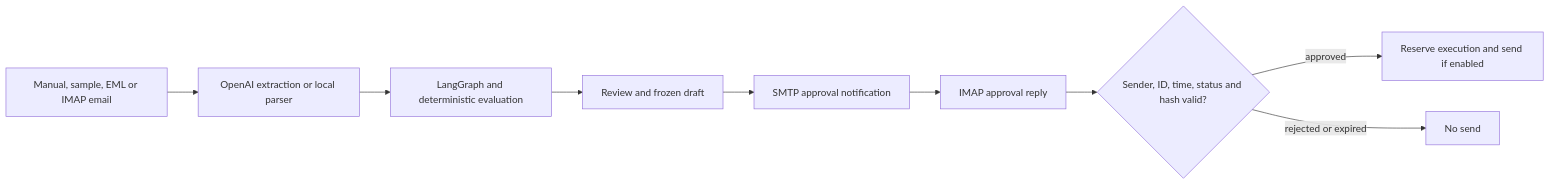
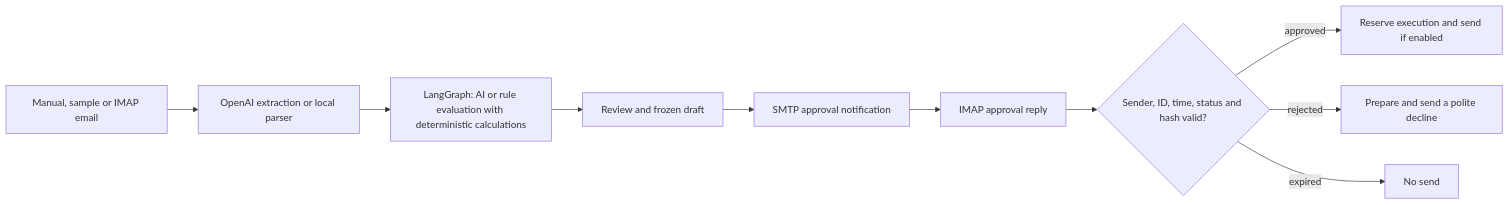
The diagram in README.md (Saiteja137/ai-real-estate-deal-agent), drawn with Mermaid before and after one commit. The commit also changed other lines of this file and 17 other files, not shown here.

````diff
--- a/README.md
+++ b/README.md
@@ -33,11 +33,12 @@
 ```mermaid
 flowchart LR
- A[Manual, sample, EML or IMAP email] --> B[OpenAI extraction or local parser]
- B --> C[LangGraph and deterministic evaluation]
+ A[Manual, sample or IMAP email] --> B[OpenAI extraction or local parser]
+ B --> C[LangGraph: AI or rule evaluation with deterministic calculations]
  C --> D[Review and frozen draft]
  D --> E[SMTP approval notification]
  E --> F[IMAP approval reply]
  F --> G{Sender, ID, time, status and hash valid?}
  G -->|approved| H[Reserve execution and send if enabled]
- G -->|rejected or expired| I[No send]
+ G -->|rejected| J[Prepare and send a polite decline]
+ G -->|expired| I[No send]
 ```
````
